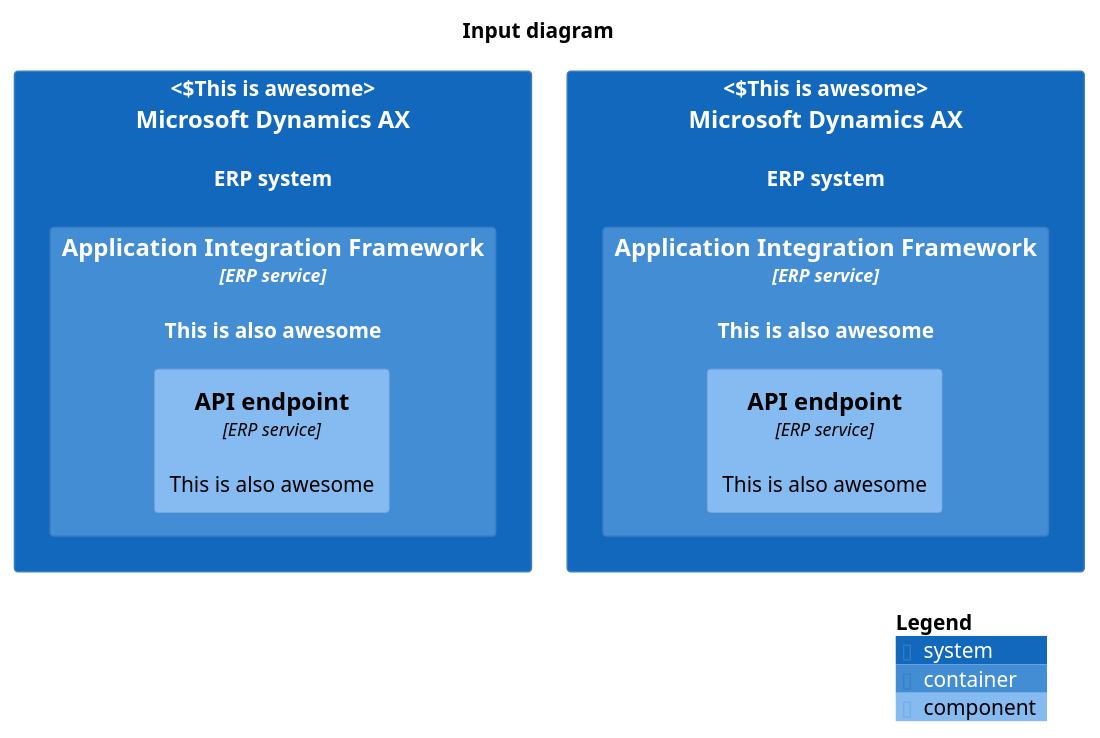
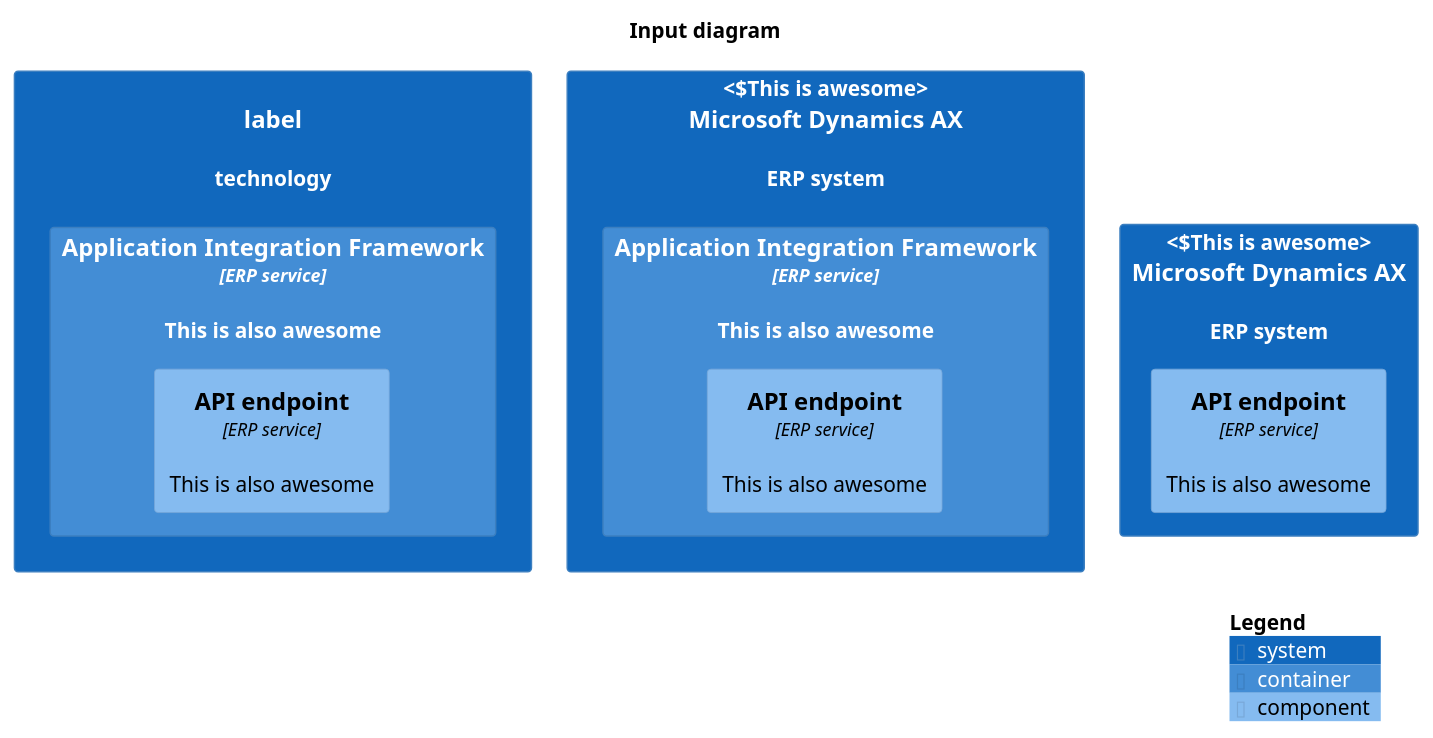
Before and after one commit to localgod/catalyst: the diagram in diagram.puml, drawn with PlantUML. The commit also changed 6 other files, not shown here.

```diff
--- a/diagram.puml
+++ b/diagram.puml
@@ -1,20 +1,27 @@
 @startuml ERP Integration Overview
 !includeurl https://raw.githubusercontent.com/plantuml-stdlib/C4-PlantUML/master/C4_Component.puml
 !include https://raw.githubusercontent.com/plantuml-stdlib/C4-PlantUML/master/C4_Component.puml
 
 scale 1.0
 title Input diagram
-System(AX, "Microsoft Dynamics AX", "ERP system", "This is awesome") {
+System(AX, "label", "technology", "description") {
     Container(AIF, "Application Integration Framework", "ERP service", "This is also awesome", $tags=tytter) {
         Component(END, "API endpoint", "ERP service", "This is also awesome", $tags=tytter)
     }
 }
 System(AX2, "Microsoft Dynamics AX", "ERP system", "This is awesome") {
     Container(AIF2, "Application Integration Framework", "ERP service", "This is also awesome", $tags=tytter) {
         Component(END2, "API endpoint", "ERP service", "This is also awesome", $tags=tytter)
     }
 }
 
+System(AX3, "Microsoft Dynamics AX", "ERP system", "This is awesome") {
+
+        Component(END3, "API endpoint", "ERP service", "This is also awesome", $tags=tytter)
+    
+}
+
+
 LAYOUT_TOP_DOWN()
 SHOW_LEGEND()
 @enduml
```
